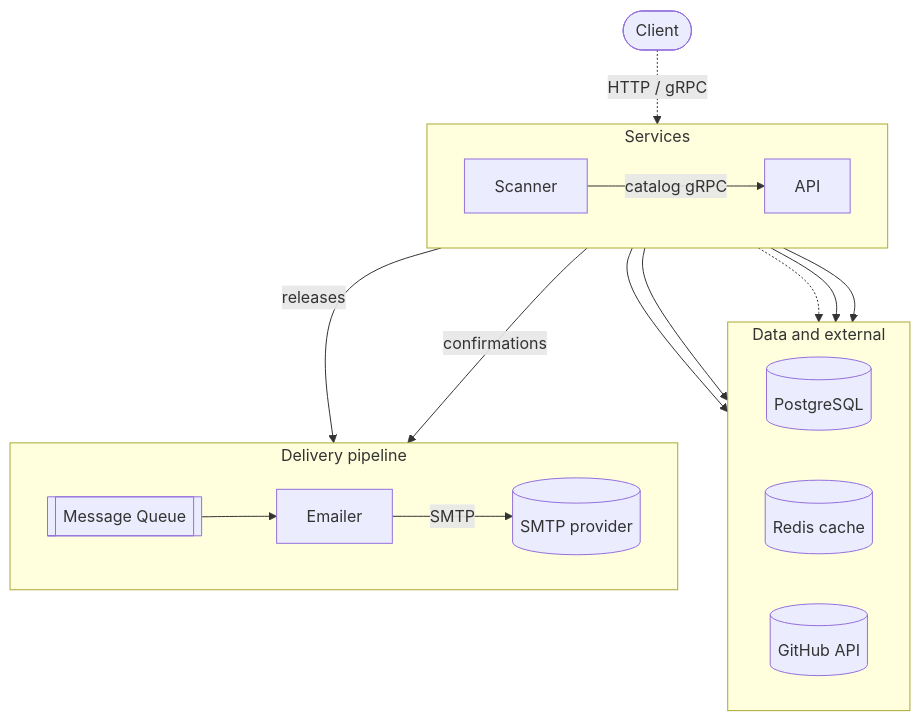
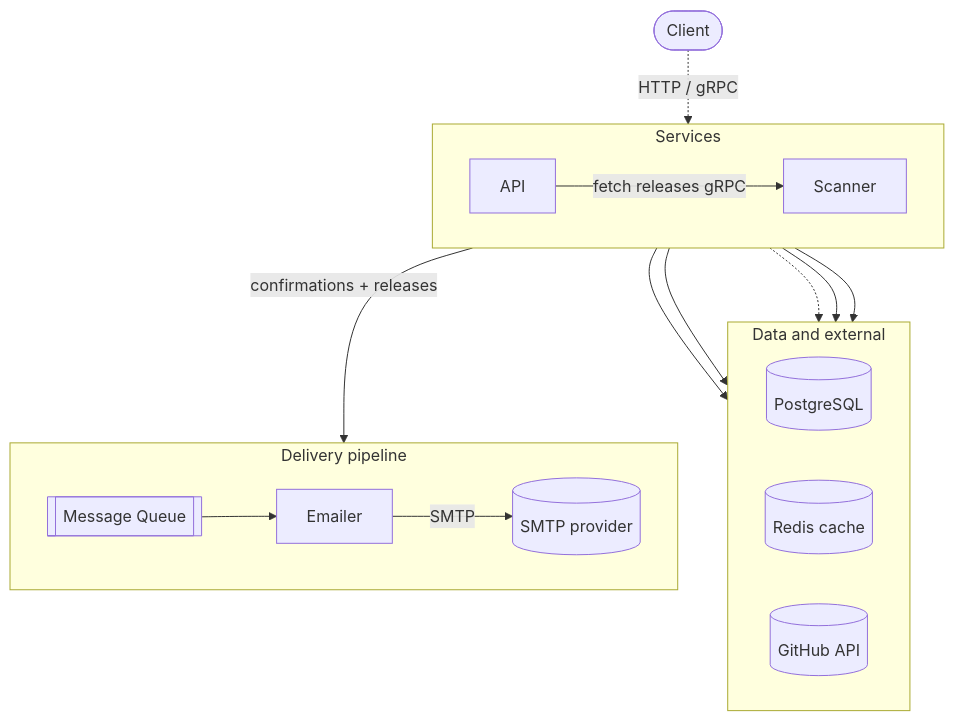
Before and after one commit to GenesisEducationKyiv/software-engineering-school-6-0-mzabrodin: the diagram in docs/adr/009-microservices-split.md, drawn with Mermaid. The commit also changed other lines of this file, not shown here.

Commit message:
refactor(adr): update ADR-009 to reflect acceptance of scanner extraction and proposed message queue integration for Emailer

````diff
--- a/docs/adr/009-microservices-split.md
+++ b/docs/adr/009-microservices-split.md
@@ -84,34 +97,31 @@
 ```mermaid
 flowchart TB
     Client([Client])
 
     subgraph services [Services]
         direction LR
         API[API]
         Scanner[Scanner]
     end
 
     subgraph backing [Data and external]
         direction LR
         DB[(PostgreSQL)]
         Redis[(Redis cache)]
         GitHub[(GitHub API)]
     end
 
     subgraph delivery [Delivery pipeline]
         direction LR
         Queue[[Message Queue]] --> Emailer[Emailer] -->|SMTP| SMTP[(SMTP provider)]
     end
 
     Client -.->|HTTP / gRPC| API
-    Scanner -->|catalog gRPC| API
-
+    API -->|fetch releases gRPC| Scanner
     API --> DB
     API --> Redis
     API -.-> GitHub
     Scanner --> Redis
     Scanner --> GitHub
-
-    Scanner -->|releases| Queue
-    API -->|confirmations| Queue
+    API -->|confirmations + releases| Queue
 ```
````
